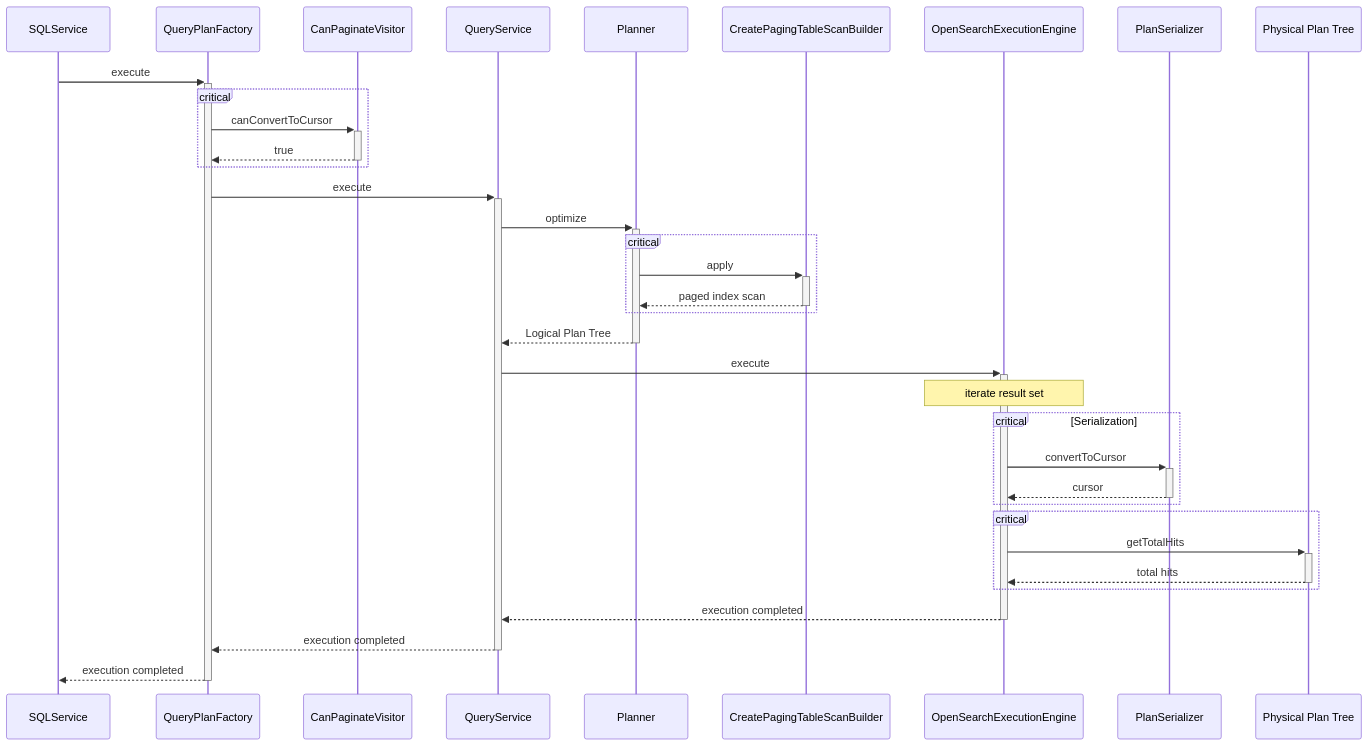
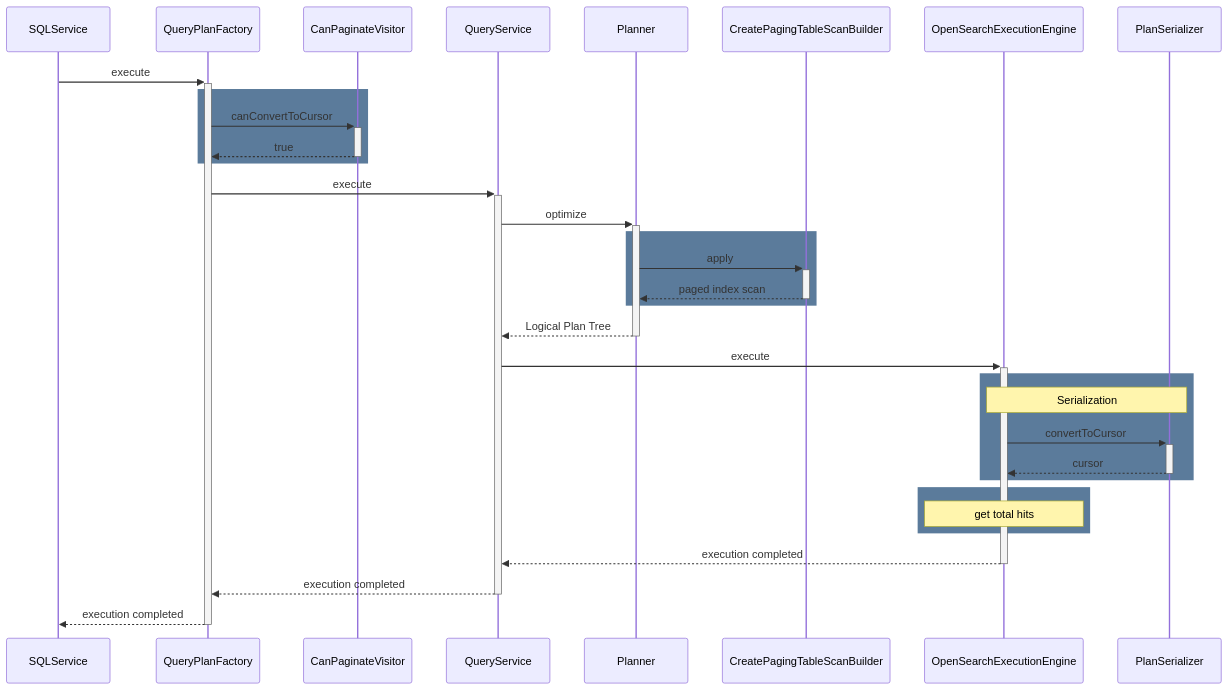
One commit to opensearch-project/sql changed diagram 16 of 22 in docs/dev/Pagination-v2.md. Above: the diagram before and after it, drawn with Mermaid. The commit also changed other lines of this file and 3 other files, not shown here.

````diff
--- a/docs/dev/Pagination-v2.md
+++ b/docs/dev/Pagination-v2.md
@@ -107,38 +492,36 @@
 ```mermaid
 sequenceDiagram
     participant SQLService
     participant QueryPlanFactory
     participant CanPaginateVisitor
     participant QueryService
     participant Planner
     participant CreatePagingTableScanBuilder
     participant OpenSearchExecutionEngine
     participant PlanSerializer
-    participant Physical Plan Tree
 
-SQLService->>+QueryPlanFactory: execute
-  critical
-  QueryPlanFactory->>+CanPaginateVisitor: canConvertToCursor
-    CanPaginateVisitor-->>-QueryPlanFactory: true
+SQLService ->>+ QueryPlanFactory : execute
+  rect rgb(91, 123, 155)
+  QueryPlanFactory ->>+ CanPaginateVisitor : canConvertToCursor
+    CanPaginateVisitor -->>- QueryPlanFactory : true
   end
-  QueryPlanFactory->>+QueryService: execute
-    QueryService->>+Planner: optimize
-      critical
-      Planner->>+CreatePagingTableScanBuilder: apply
-        CreatePagingTableScanBuilder-->>-Planner: paged index scan
+  QueryPlanFactory ->>+ QueryService : execute
+    QueryService ->>+ Planner : optimize
+      rect rgb(91, 123, 155)
+      Planner ->>+ CreatePagingTableScanBuilder : apply
+        CreatePagingTableScanBuilder -->>- Planner : paged index scan
       end
-      Planner-->>-QueryService: Logical Plan Tree
-    QueryService->>+OpenSearchExecutionEngine: execute
-      Note over OpenSearchExecutionEngine: iterate result set
-      critical Serialization
-      OpenSearchExecutionEngine->>+PlanSerializer: convertToCursor
-        PlanSerializer-->>-OpenSearchExecutionEngine: cursor
+      Planner -->>- QueryService : Logical Plan Tree
+    QueryService ->>+ OpenSearchExecutionEngine : execute
+      rect rgb(91, 123, 155)
+      Note over OpenSearchExecutionEngine, PlanSerializer : Serialization
+      OpenSearchExecutionEngine ->>+ PlanSerializer : convertToCursor
+        PlanSerializer -->>- OpenSearchExecutionEngine : cursor
       end
-      critical
-      OpenSearchExecutionEngine->>+Physical Plan Tree: getTotalHits
-        Physical Plan Tree-->>-OpenSearchExecutionEngine: total hits
+      rect rgb(91, 123, 155)
+      Note over OpenSearchExecutionEngine : get total hits
       end
-      OpenSearchExecutionEngine-->>-QueryService: execution completed
-    QueryService-->>-QueryPlanFactory: execution completed
-  QueryPlanFactory-->>-SQLService: execution completed
+      OpenSearchExecutionEngine -->>- QueryService : execution completed
+    QueryService -->>- QueryPlanFactory : execution completed
+  QueryPlanFactory -->>- SQLService : execution completed
 ```
````
